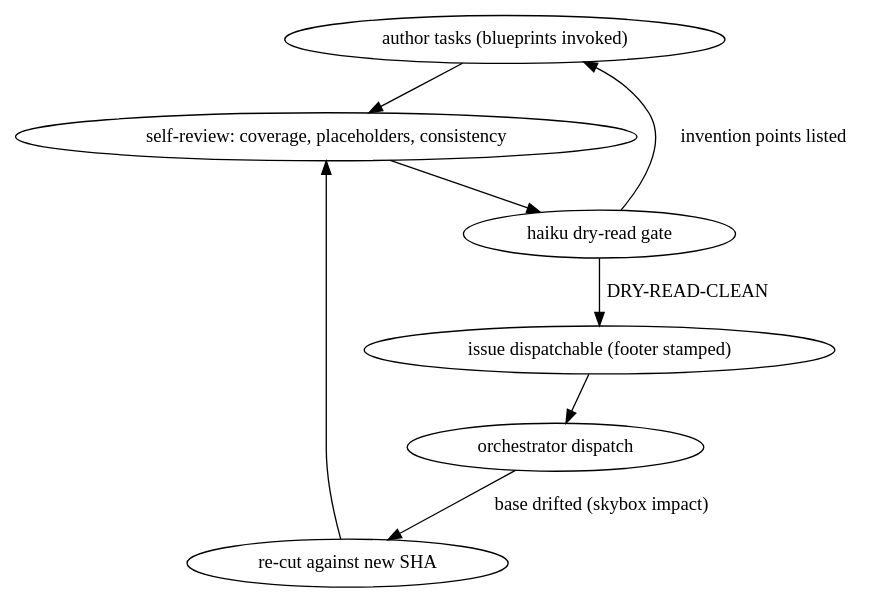
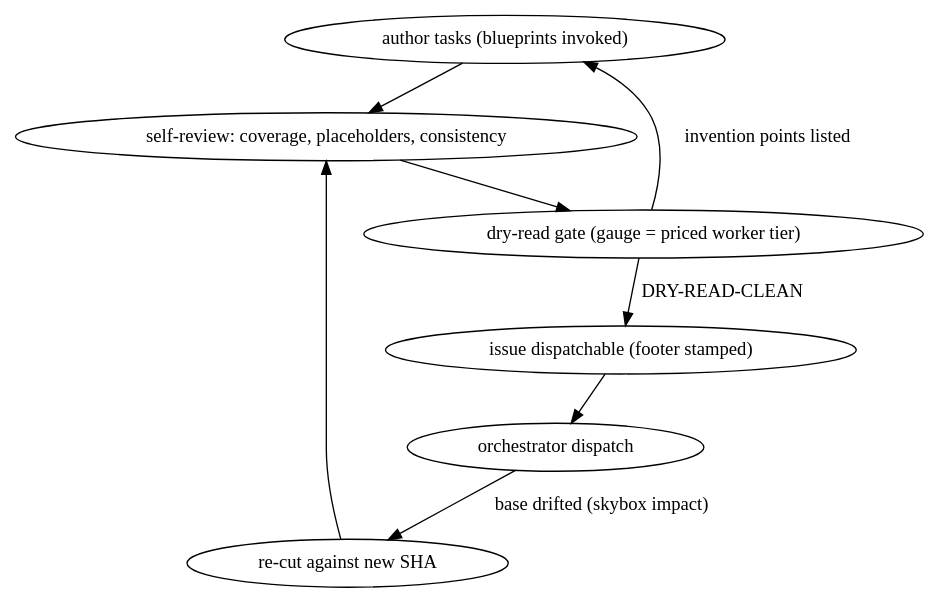
Before and after one commit to skylence-be/multi-llm-marketplace: the diagram in plugins/herdr-agent-org-claude/skills/architect/SKILL.md, drawn with Graphviz. The commit also changed other lines of this file and 1 other file, not shown here.

First line of the commit message:
herdr-agent-org-claude 2.4.1: architect skill draws the verification boundary, gauge follows the priced tier (sonnet default)

````diff
--- a/plugins/herdr-agent-org-claude/skills/architect/SKILL.md
+++ b/plugins/herdr-agent-org-claude/skills/architect/SKILL.md
@@ -35,11 +40,11 @@
 ```dot
 digraph plan {
     "author tasks (blueprints invoked)" -> "self-review: coverage, placeholders, consistency";
-    "self-review: coverage, placeholders, consistency" -> "haiku dry-read gate";
-    "haiku dry-read gate" -> "author tasks (blueprints invoked)" [label="invention points listed"];
-    "haiku dry-read gate" -> "issue dispatchable (footer stamped)" [label="DRY-READ-CLEAN"];
+    "self-review: coverage, placeholders, consistency" -> "dry-read gate (gauge = priced worker tier)";
+    "dry-read gate (gauge = priced worker tier)" -> "author tasks (blueprints invoked)" [label="invention points listed"];
+    "dry-read gate (gauge = priced worker tier)" -> "issue dispatchable (footer stamped)" [label="DRY-READ-CLEAN"];
     "issue dispatchable (footer stamped)" -> "orchestrator dispatch";
     "orchestrator dispatch" -> "re-cut against new SHA" [label="base drifted (skybox impact)"];
     "re-cut against new SHA" -> "self-review: coverage, placeholders, consistency";
 }
 ```
````
